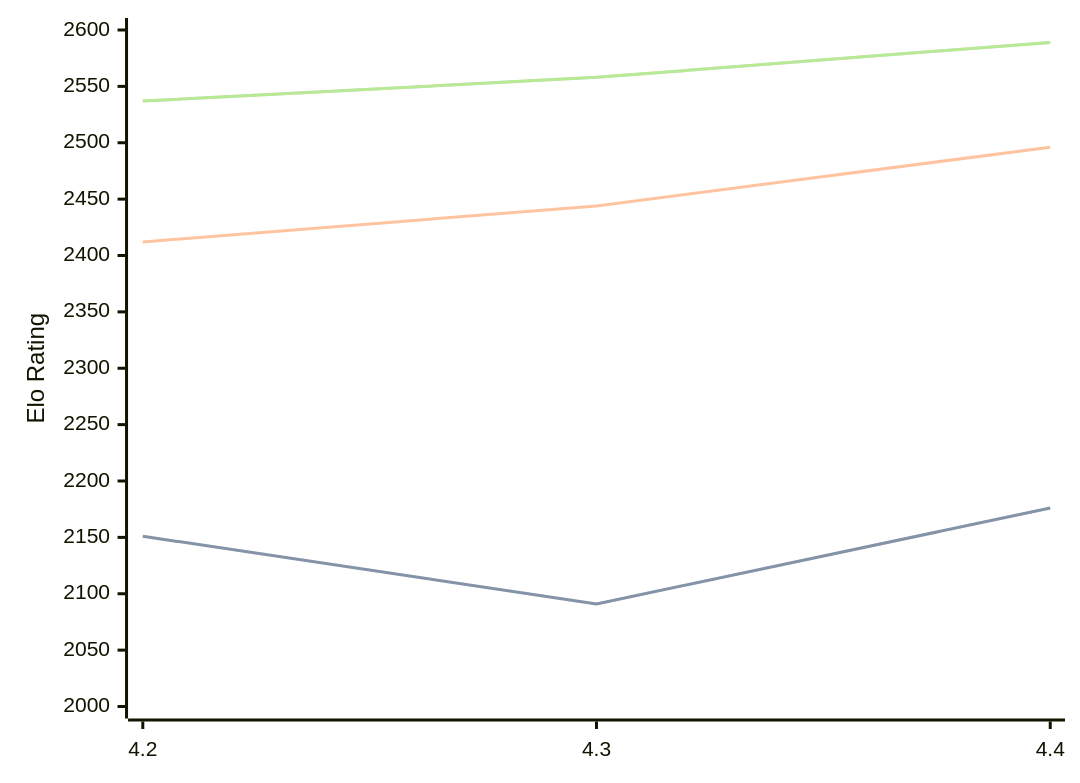
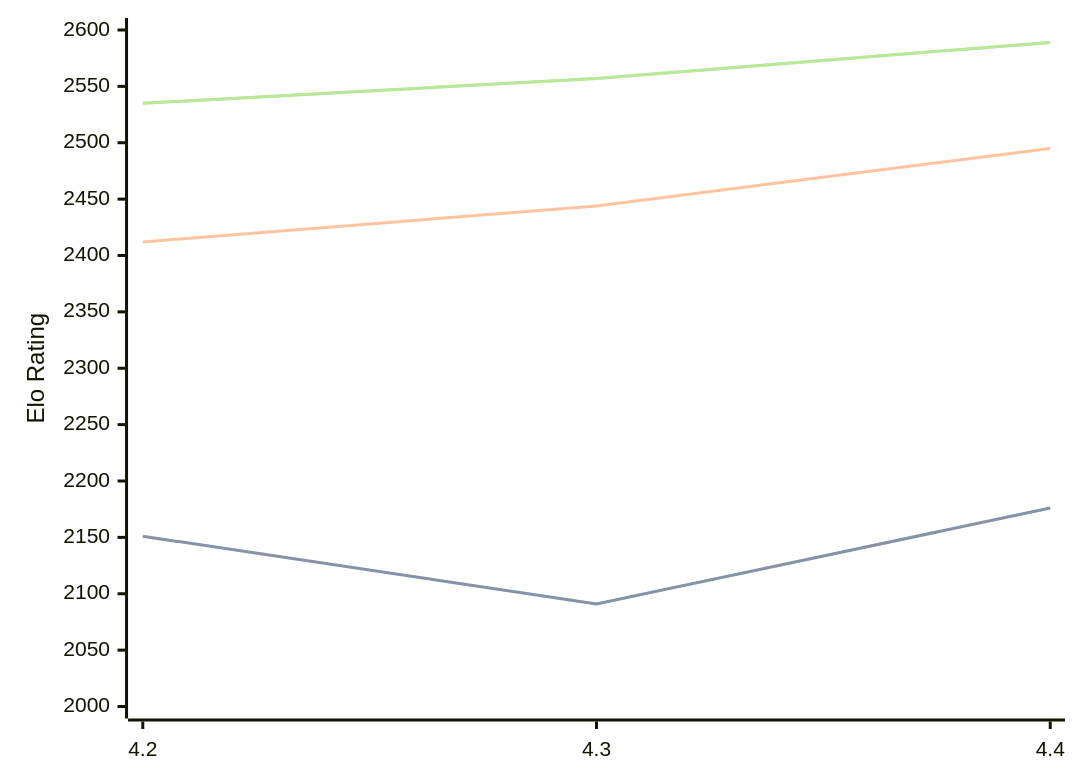
The diagram in engines/Eubos.md (computer-chess-index/cci), drawn with Mermaid before and after one commit. The commit also changed other lines of this file, not shown here.

Commit message:
Update CCI Ratings (ELO VLTC) - 2026-06-10

````diff
--- a/engines/Eubos.md
+++ b/engines/Eubos.md
@@ -89,11 +90,11 @@
 ```mermaid
 %%{init: {"theme":"base","themeVariables":{"seriesColors:['#a3a3a3','#222221','#faa371']}}}%%
 xychart-beta
   x-axis ["4.2", "4.3", "4.4"]
   y-axis "Elo Rating" 2000 --> 2600
   line "STC (8.0+0.08s)" [2151, 2091, 2176]
   line "STC (8.0+0.08s)" [2151, 2091, 2176]
-  line "LTC (60.0+0.60s)" [2412, 2444, 2496]
-  line "VLTC (2m24s+1.12s)" [2537, 2558, 2589]
-  line "VLTC (2m24s+1.12s)" [2537, 2558, 2589]
+  line "LTC (60.0+0.60s)" [2412, 2444, 2495]
+  line "VLTC (2m24s+1.12s)" [2535, 2557, 2589]
+  line "VLTC (2m24s+1.12s)" [2535, 2557, 2589]
 ```
````
